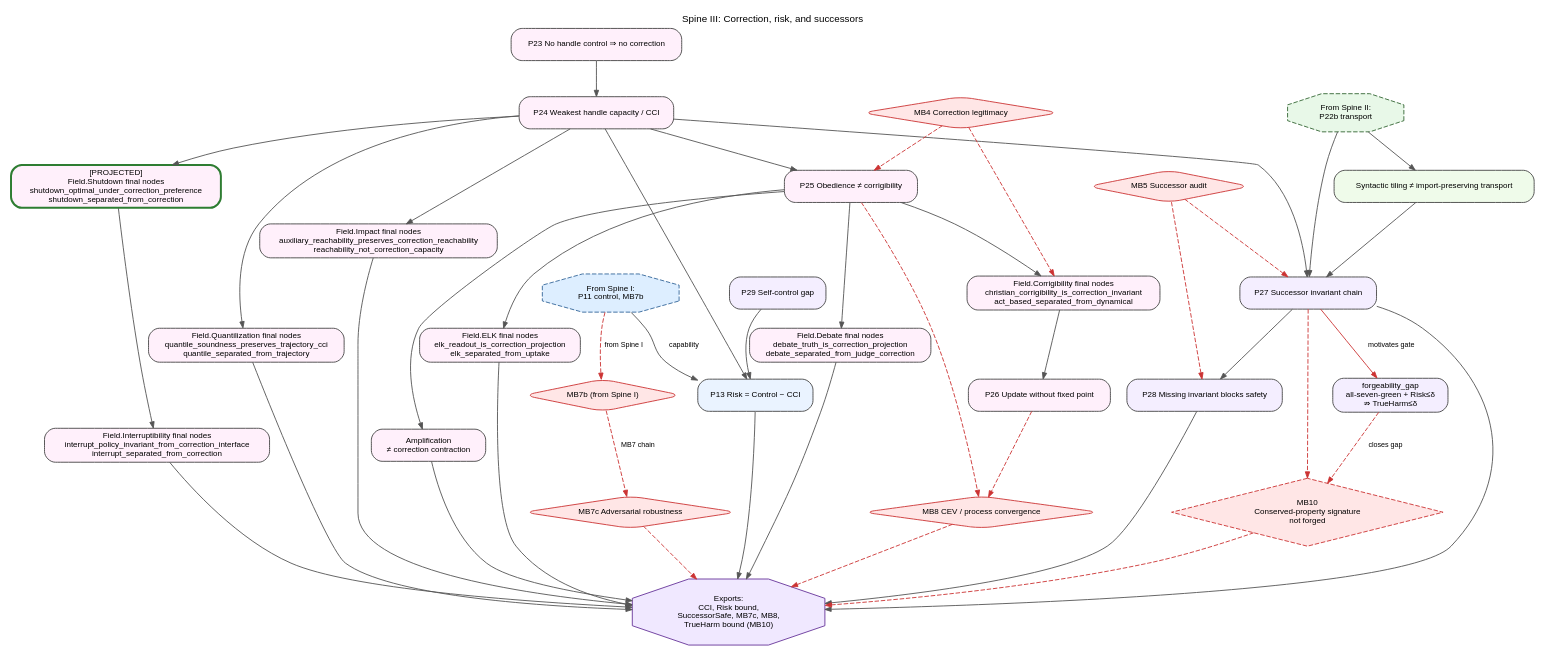
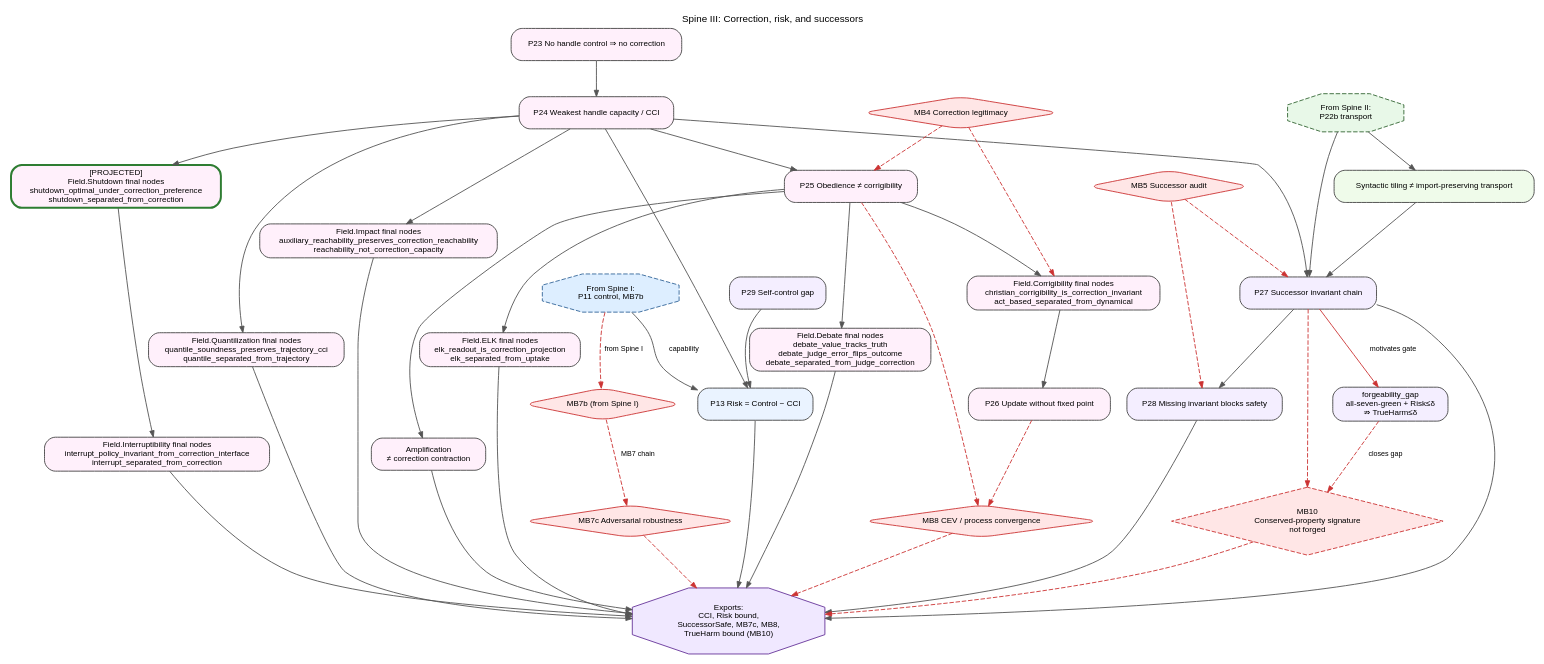
One commit to GunnarZarncke/towards-asi-alignment changed the diagram in context/lean_proof_graphs/03-correction-successors.dot. Above: the diagram before and after it, drawn with Graphviz. The commit also changed 13 other files, not shown here.

First line of the commit message:
Surface DebateGame on field graph and Lean site pages.

```diff
--- a/context/lean_proof_graphs/03-correction-successors.dot
+++ b/context/lean_proof_graphs/03-correction-successors.dot
@@ -1,89 +1,89 @@
 digraph Spine03CorrectionSuccessors {
   graph [
     rankdir=TB,
     bgcolor="white",
     splines=true,
     overlap=false,
     fontsize=11,
     fontname="Helvetica",
     label="Spine III: Correction, risk, and successors",
     labelloc="t"
   ];
   node [shape=box, style="rounded,filled", fontname="Helvetica", fontsize=9, color="#444444"];
   edge [fontname="Helvetica", fontsize=8, color="#555555", arrowsize=0.7];
 
   P23 [label="P23 No handle control ⇒ no correction", fillcolor="#FFF0FB"];
   P24 [label="P24 Weakest handle capacity / CCI", fillcolor="#FFF0FB"];
   FSHUT [label="[PROJECTED]\nField.Shutdown final nodes\nshutdown_optimal_under_correction_preference\nshutdown_separated_from_correction", fillcolor="#FFF0FB", color="#2E7D32", penwidth=2.2];
   FINT [label="Field.Interruptibility final nodes\ninterrupt_policy_invariant_from_correction_interface\ninterrupt_separated_from_correction", fillcolor="#FFF0FB"];
   FIMPACT [label="Field.Impact final nodes\nauxiliary_reachability_preserves_correction_reachability\nreachability_not_correction_capacity", fillcolor="#FFF0FB"];
   FQUANT [label="Field.Quantilization final nodes\nquantile_soundness_preserves_trajectory_cci\nquantile_separated_from_trajectory", fillcolor="#FFF0FB"];
   P25 [label="P25 Obedience ≠ corrigibility", fillcolor="#FFF0FB"];
   FCORR [label="Field.Corrigibility final nodes\nchristian_corrigibility_is_correction_invariant\nact_based_separated_from_dynamical", fillcolor="#FFF0FB"];
-  FDEB [label="Field.Debate final nodes\ndebate_truth_is_correction_projection\ndebate_separated_from_judge_correction", fillcolor="#FFF0FB"];
+  FDEB [label="Field.Debate final nodes\ndebate_value_tracks_truth\ndebate_judge_error_flips_outcome\ndebate_separated_from_judge_correction", fillcolor="#FFF0FB"];
   P25A [label="Amplification\n≠ correction contraction", fillcolor="#FFF0FB"];
   FELK [label="Field.ELK final nodes\nelk_readout_is_correction_projection\nelk_separated_from_uptake", fillcolor="#FFF0FB"];
   P26 [label="P26 Update without fixed point", fillcolor="#FFF0FB"];
   P13 [label="P13 Risk = Control − CCI", fillcolor="#EAF3FF"];
   P29 [label="P29 Self-control gap", fillcolor="#F4EEFF"];
   P27 [label="P27 Successor invariant chain", fillcolor="#F4EEFF"];
   P28 [label="P28 Missing invariant blocks safety", fillcolor="#F4EEFF"];
   P22T [label="Syntactic tiling ≠ import-preserving transport", fillcolor="#EFFBEA"];
   PFORGE [label="forgeability_gap\nall-seven-green + Risk≤δ\n⇏ TrueHarm≤δ", fillcolor="#F4EEFF"];
 
   MB4 [shape=diamond, fillcolor="#FFE6E6", color="#CC3333", label="MB4 Correction legitimacy"];
   MB5 [shape=diamond, fillcolor="#FFE6E6", color="#CC3333", label="MB5 Successor audit"];
   MB7b [shape=diamond, fillcolor="#FFE6E6", color="#CC3333", label="MB7b (from Spine I)"];
   MB7c [shape=diamond, fillcolor="#FFE6E6", color="#CC3333", label="MB7c Adversarial robustness"];
   MB8 [shape=diamond, fillcolor="#FFE6E6", color="#CC3333", label="MB8 CEV / process convergence"];
   MB10 [shape=diamond, style="filled,dashed", fillcolor="#FFE6E6", color="#CC3333", label="MB10\nConserved-property signature\nnot forged"];
 
   IN_VB [shape=octagon, style="filled,dashed", fillcolor="#E8F8E8", color="#336633",
          label="From Spine II:\nP22b transport"];
   IN_BND [shape=octagon, style="filled,dashed", fillcolor="#DDEEFF", color="#336699",
           label="From Spine I:\nP11 control, MB7b"];
 
   OUT [shape=octagon, style="filled", fillcolor="#F0E8FF", color="#663399",
        label="Exports:\nCCI, Risk bound,\nSuccessorSafe, MB7c, MB8,\nTrueHarm bound (MB10)"];
 
   IN_VB -> P22T -> P27;
   IN_VB -> P27;
   P23 -> P24 -> FSHUT;
   FSHUT -> FINT;
   P24 -> FIMPACT;
   P24 -> FQUANT;
   P24 -> P25 -> FCORR -> P26;
   P25 -> FDEB;
   P25 -> P25A;
   P25 -> FELK;
   P24 -> P13;
   P24 -> P27 -> P28;
   IN_BND -> P13 [label="capability"];
   P29 -> P13;
 
   MB4 -> P25 [style=dashed, color="#CC3333"];
   MB4 -> FCORR [style=dashed, color="#CC3333"];
   MB5 -> P27 [style=dashed, color="#CC3333"];
   MB5 -> P28 [style=dashed, color="#CC3333"];
   P25 -> MB8 [style=dashed, color="#CC3333"];
   P26 -> MB8 [style=dashed, color="#CC3333"];
 
   P27 -> PFORGE [label="motivates gate", color="#CC3333"];
   PFORGE -> MB10 [style=dashed, color="#CC3333", label="closes gap"];
   P27 -> MB10 [style=dashed, color="#CC3333"];
   MB10 -> OUT [style=dashed, color="#CC3333"];
 
   IN_BND -> MB7b [style=dashed, color="#CC3333", label="from Spine I"];
   MB7b -> MB7c [style=dashed, color="#CC3333", label="MB7 chain"];
   MB7c -> OUT [style=dashed, color="#CC3333"];
   P13 -> OUT;
   FINT -> OUT;
   FIMPACT -> OUT;
   FQUANT -> OUT;
   FDEB -> OUT;
   P25A -> OUT;
   FELK -> OUT;
   P27 -> OUT;
   P28 -> OUT;
   MB8 -> OUT [style=dashed, color="#CC3333"];
 }
```
